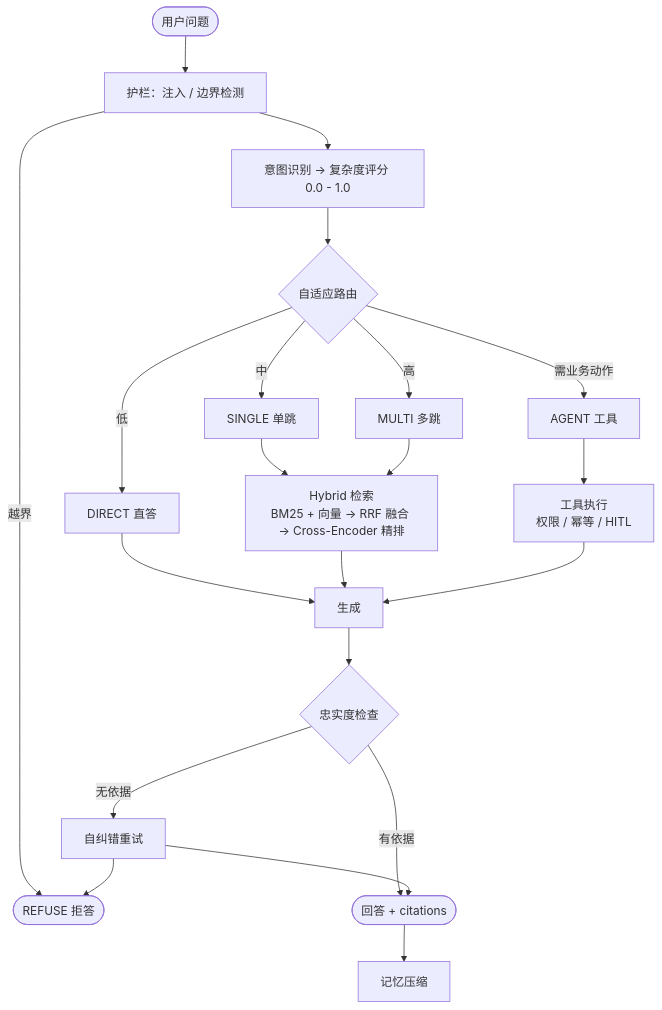
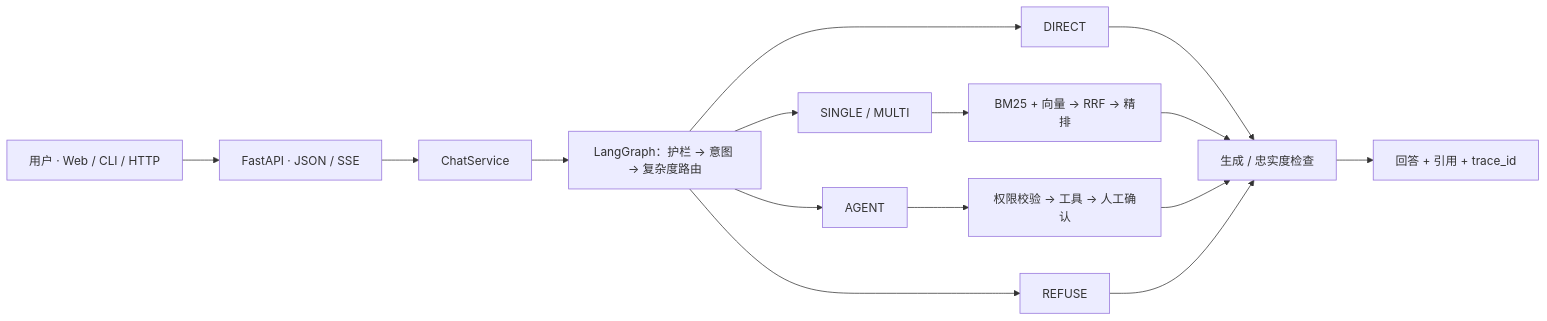
One commit to JEen-wang/Adaptive-rag changed the diagram in README.md. Above: the diagram before and after it, drawn with Mermaid. The commit also changed other lines of this file, not shown here.

````diff
--- a/README.md
+++ b/README.md
@@ -77,23 +132,17 @@
 ```mermaid
-flowchart TD
-    Q([用户问题]) --> G["护栏：注入 / 边界检测"]
-    G -->|"越界"| RF([REFUSE 拒答])
-    G --> INT["意图识别 → 复杂度评分 0.0 - 1.0"]
-    INT --> R{"自适应路由"}
-    R -->|"低"| D["DIRECT 直答"]
-    R -->|"中"| S["SINGLE 单跳"]
-    R -->|"高"| M["MULTI 多跳"]
-    R -->|"需业务动作"| A["AGENT 工具"]
-    S --> HY["Hybrid 检索<br/>BM25 + 向量 → RRF 融合 → Cross-Encoder 精排"]
-    M --> HY
-    A --> EX["工具执行<br/>权限 / 幂等 / HITL"]
-    D --> GEN["生成"]
-    HY --> GEN
-    EX --> GEN
-    GEN --> FA{"忠实度检查"}
-    FA -->|"有依据"| OUT([回答 + citations])
-    FA -->|"无依据"| SC["自纠错重试"]
-    SC --> OUT
-    SC --> RF
-    OUT --> MEM["记忆压缩"]
+flowchart LR
+    U["用户 · Web / CLI / HTTP"] --> API["FastAPI · JSON / SSE"]
+    API --> S["ChatService"]
+    S --> G["LangGraph：护栏 → 意图 → 复杂度路由"]
+    G --> D["DIRECT"]
+    G --> R["SINGLE / MULTI"]
+    G --> A["AGENT"]
+    G --> F["REFUSE"]
+    R --> H["BM25 + 向量 → RRF → 精排"]
+    A --> T["权限校验 → 工具 → 人工确认"]
+    D --> O["生成 / 忠实度检查"]
+    H --> O
+    T --> O
+    F --> O
+    O --> X["回答 + 引用 + trace_id"]
 ```
````
